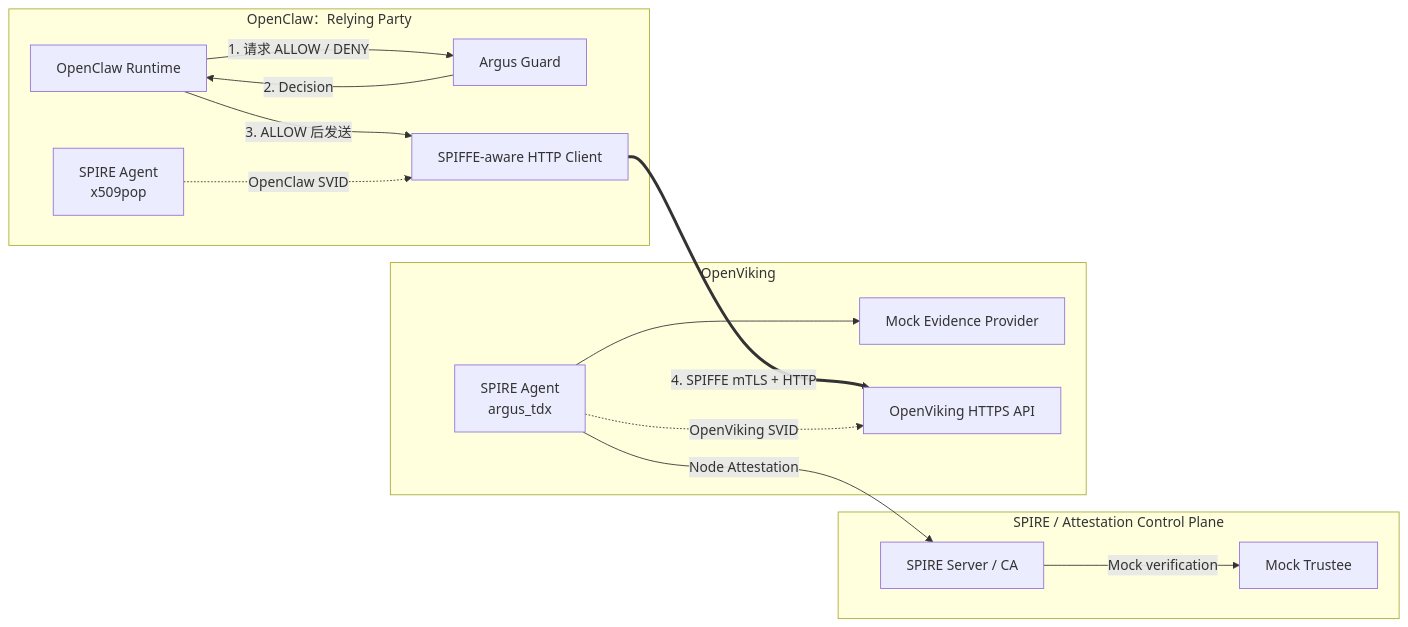
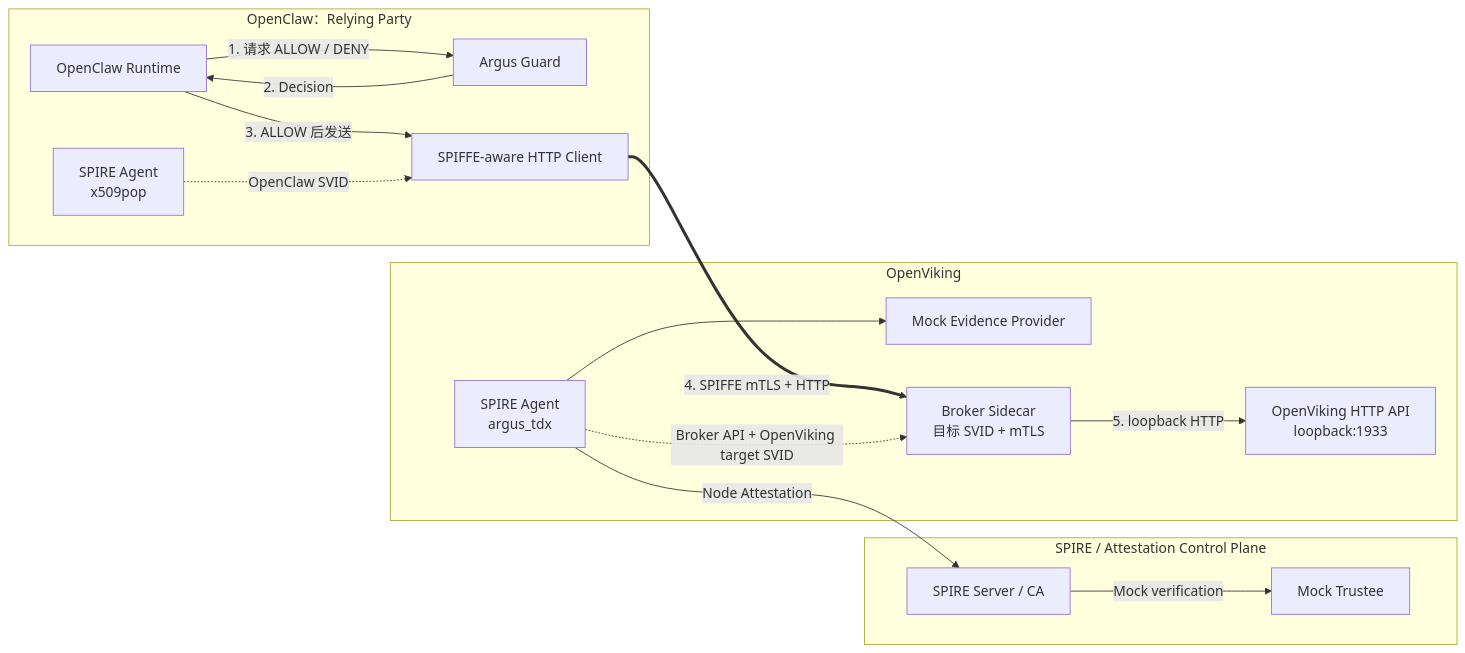
Before and after one commit to 13-pieces-teen/confidential-computing-zoo: the diagram in cczoo/agent-cc/documents_ly/Argus-Asymmetric-Attestation-SPIFFE-Evaluation-Plan.md, drawn with Mermaid. The commit also changed other lines of this file and 70 other files, not shown here.

````diff
--- a/cczoo/agent-cc/documents_ly/Argus-Asymmetric-Attestation-SPIFFE-Evaluation-Plan.md
+++ b/cczoo/agent-cc/documents_ly/Argus-Asymmetric-Attestation-SPIFFE-Evaluation-Plan.md
@@ -60,31 +60,33 @@
 ```mermaid
 flowchart LR
     subgraph OC["OpenClaw：Relying Party"]
         OCR["OpenClaw Runtime"]
         G["Argus Guard"]
         HC["SPIFFE-aware HTTP Client"]
         OCA["SPIRE Agent<br/>x509pop"]
     end
 
     subgraph CP["SPIRE / Attestation Control Plane"]
         SS["SPIRE Server / CA"]
         TR["Mock Trustee"]
     end
 
     subgraph OV["OpenViking"]
         OVA["SPIRE Agent<br/>argus_tdx"]
         EP["Mock Evidence Provider"]
-        OVS["OpenViking HTTPS API"]
+        BS["Broker Sidecar<br/>目标 SVID + mTLS"]
+        OVS["OpenViking HTTP API<br/>loopback:1933"]
     end
 
     OCR -->|"1. 请求 ALLOW / DENY"| G
     G -->|"2. Decision"| OCR
     OCR -->|"3. ALLOW 后发送"| HC
-    HC ==>|"4. SPIFFE mTLS + HTTP"| OVS
+    HC ==>|"4. SPIFFE mTLS + HTTP"| BS
+    BS -->|"5. loopback HTTP"| OVS
 
     OCA -. "OpenClaw SVID" .-> HC
-    OVA -. "OpenViking SVID" .-> OVS
+    OVA -. "Broker API + OpenViking target SVID" .-> BS
     OVA --> EP
     OVA -->|"Node Attestation"| SS
     SS -->|"Mock verification"| TR
 ```
````
